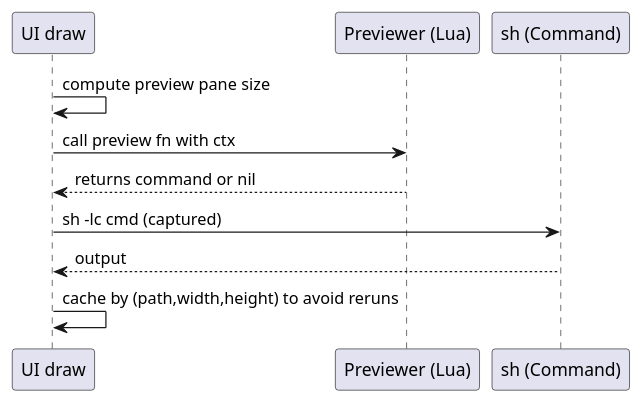
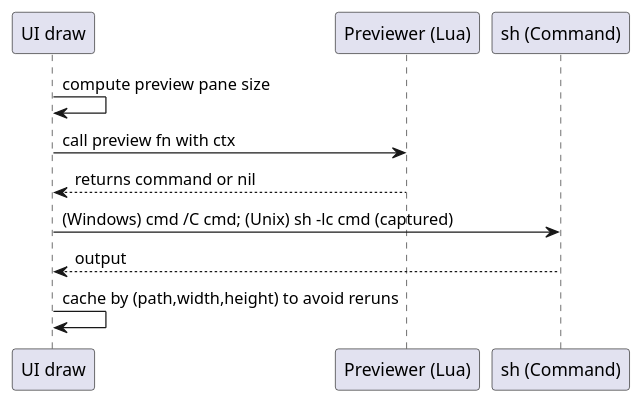
One commit to SecretDeveloper/lsv changed the fifth of 5 diagrams in docs/lua_integration.md. Above: the diagram before and after it, drawn with PlantUML. The commit also changed other lines of this file and 18 other files, not shown here.

````diff
--- a/docs/lua_integration.md
+++ b/docs/lua_integration.md
@@ -121,13 +121,13 @@
 ```plantuml
 @startuml
 participant "UI draw" as UI
 participant "Previewer (Lua)" as PREV
 participant "sh (Command)" as SH
 UI -> UI: compute preview pane size
 UI -> PREV: call preview fn with ctx
 PREV --> UI: returns command or nil
-UI -> SH: sh -lc cmd (captured)
+UI -> SH: (Windows) cmd /C cmd; (Unix) sh -lc cmd (captured)
 SH --> UI: output
 UI -> UI: cache by (path,width,height) to avoid reruns
 @enduml
 ```
````
